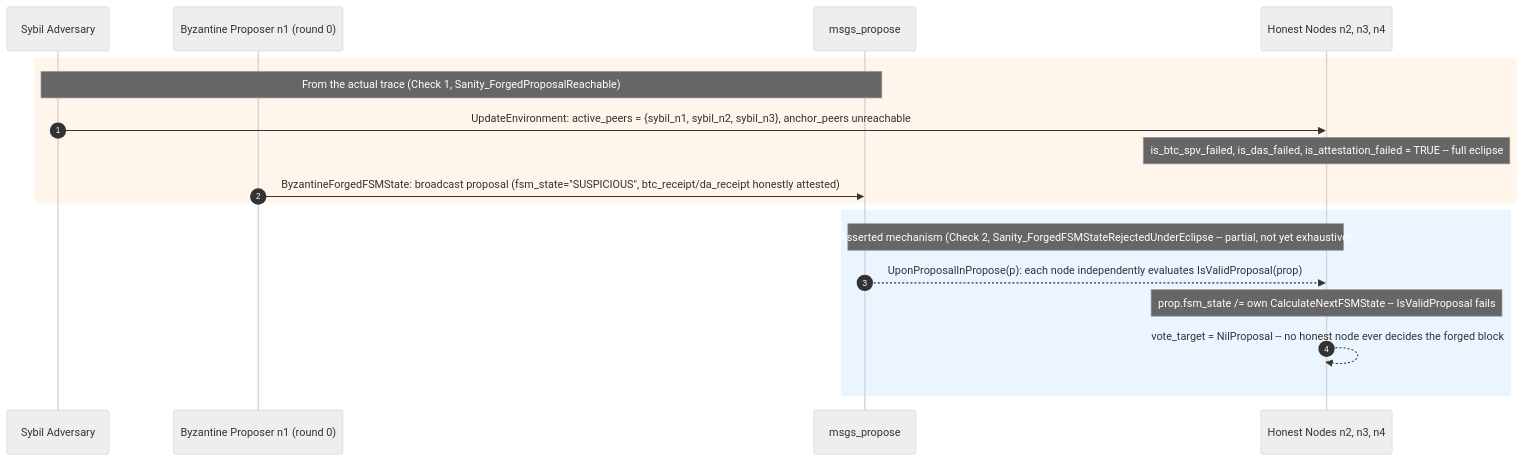
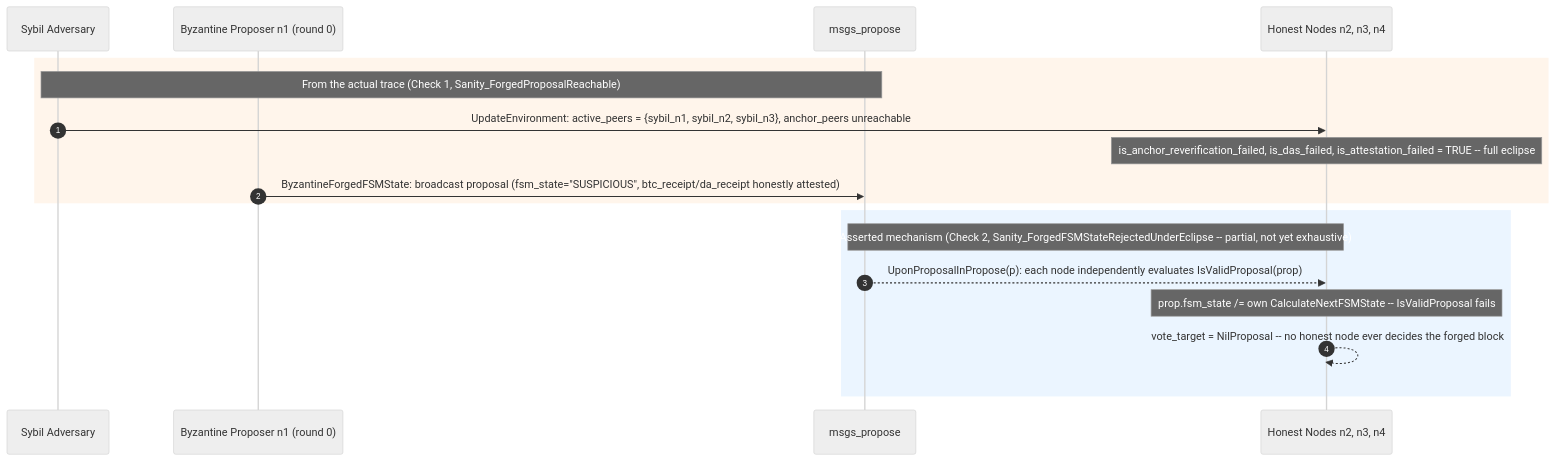
Before and after one commit to cuongct924/engram-sovereign-fsm: the ninth of 9 diagrams in spec/README.md, drawn with Mermaid (neutral theme). The commit also changed other lines of this file and 12 other files, not shown here.

````diff
--- a/spec/README.md
+++ b/spec/README.md
@@ -1038,21 +1061,21 @@
 ```mermaid
 sequenceDiagram
     autonumber
     participant Adv as Sybil Adversary
     participant B as Byzantine Proposer n1 (round 0)
     participant Q as msgs_propose
     participant V as Honest Nodes n2, n3, n4
 
     rect rgb(255, 245, 235)
     Note over Adv,Q: From the actual trace (Check 1, Sanity_ForgedProposalReachable)
     Adv->>V: UpdateEnvironment: active_peers = {sybil_n1, sybil_n2, sybil_n3}, anchor_peers unreachable
-    Note over V: is_btc_spv_failed, is_das_failed, is_attestation_failed = TRUE -- full eclipse
+    Note over V: is_anchor_reverification_failed, is_das_failed, is_attestation_failed = TRUE -- full eclipse
     B->>Q: ByzantineForgedFSMState: broadcast proposal (fsm_state="SUSPICIOUS", btc_receipt/da_receipt honestly attested)
     end
     rect rgb(235, 245, 255)
     Note over Q,V: Asserted mechanism (Check 2, Sanity_ForgedFSMStateRejectedUnderEclipse -- partial, not yet exhaustive)
     Q-->>V: UponProposalInPropose(p): each node independently evaluates IsValidProposal(prop)
     Note over V: prop.fsm_state /= own CalculateNextFSMState -- IsValidProposal fails
     V-->>V: vote_target = NilProposal -- no honest node ever decides the forged block
     end
 ```
````
